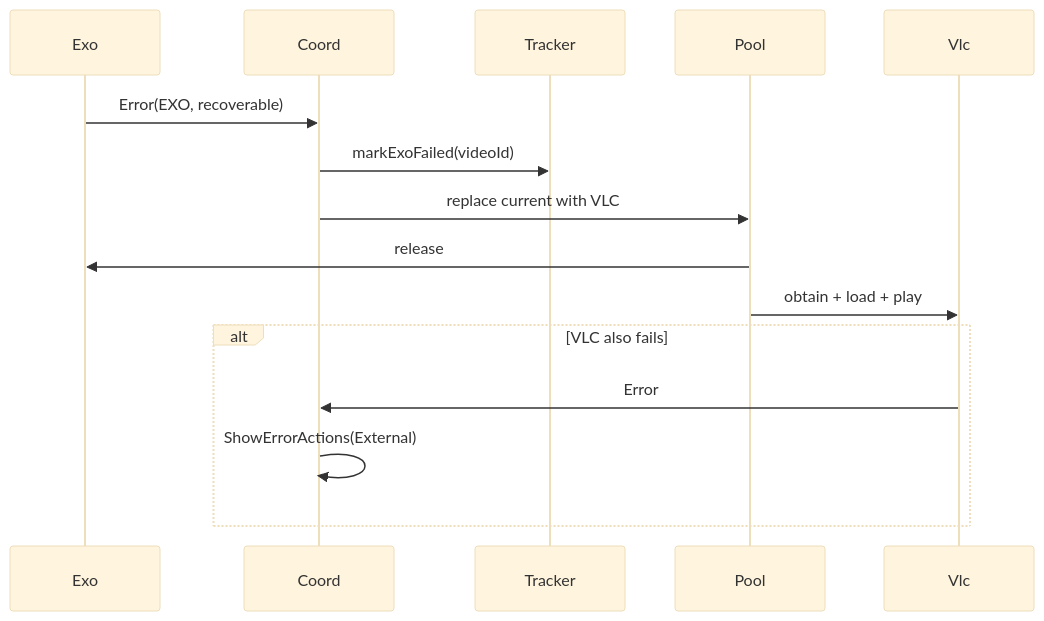
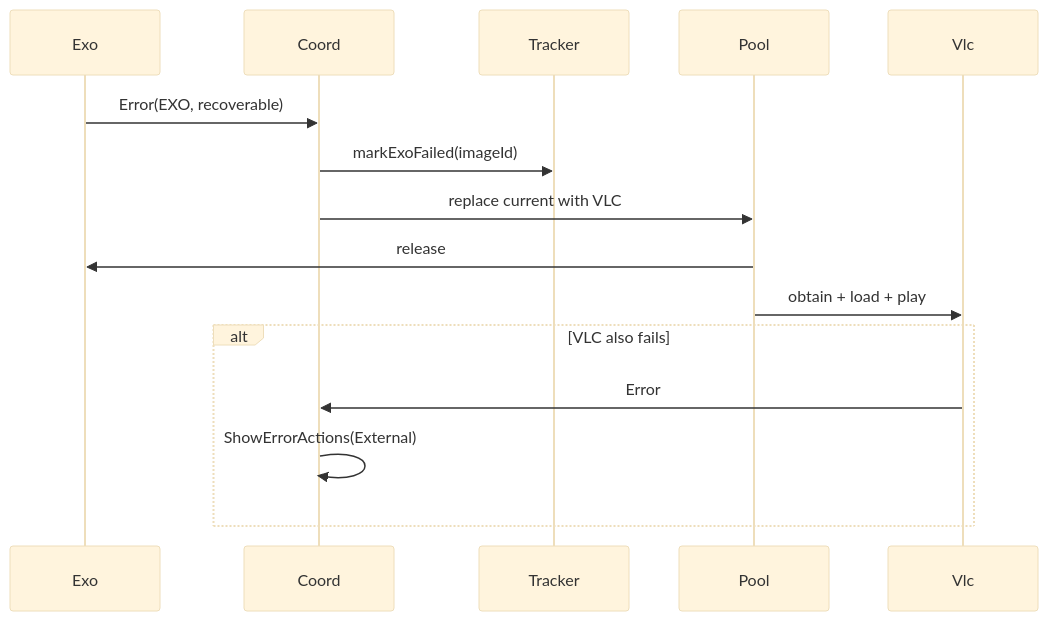
One commit to vf2e/mfp changed the fourth of 4 diagrams in docs/滑动播放模块类图级详设_V1.0.md. Above: the diagram before and after it, drawn with Mermaid (base theme). The commit also changed other lines of this file and 126 other files, not shown here.

First line of the commit message:
feat: 过图首版——本地图片滑动筛选与剪切整理

````diff
--- a/docs/滑动播放模块类图级详设_V1.0.md
+++ b/docs/滑动播放模块类图级详设_V1.0.md
@@ -502,18 +502,18 @@
 ```mermaid
 sequenceDiagram
   participant Exo
   participant Coord
   participant Tracker
   participant Pool
   participant Vlc
 
   Exo->>Coord: Error(EXO, recoverable)
-  Coord->>Tracker: markExoFailed(videoId)
+  Coord->>Tracker: markExoFailed(imageId)
   Coord->>Pool: replace current with VLC
   Pool->>Exo: release
   Pool->>Vlc: obtain + load + play
   alt VLC also fails
     Vlc->>Coord: Error
     Coord->>Coord: ShowErrorActions(External)
   end
 ```
````
